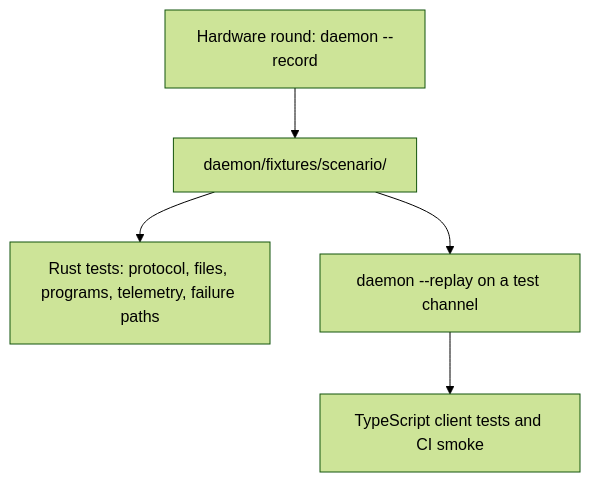
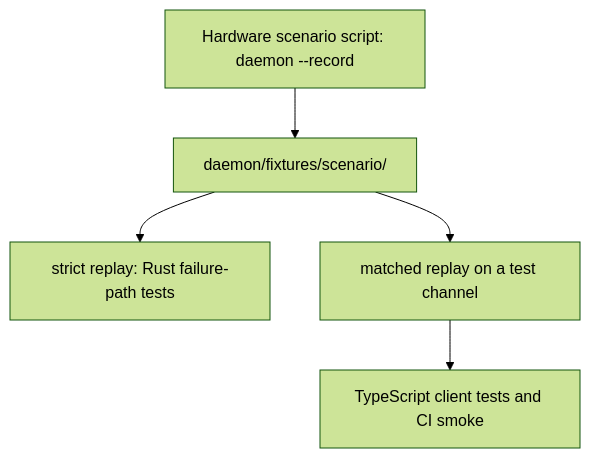
One commit to 99LevelsUp/ev3-cockpit changed the fourth of 4 diagrams in docs/plans/2026-11-20-1845-refactor-native-daemon-plan.md. Above: the diagram before and after it, drawn with Mermaid (forest theme). The commit also changed other lines of this file and 1 other file, not shown here.

Commit message:
docs(plan): deepen the native daemon plan with architecture and security review

````diff
--- a/docs/plans/2026-11-20-1845-refactor-native-daemon-plan.md
+++ b/docs/plans/2026-11-20-1845-refactor-native-daemon-plan.md
@@ -266,7 +304,7 @@
 ```mermaid
 flowchart TB
-  H[Hardware round: daemon --record] --> FX[daemon/fixtures/scenario/]
-  FX --> RT[Rust tests: protocol, files, programs, telemetry, failure paths]
-  FX --> RP[daemon --replay on a test channel]
-  RP --> TS[TypeScript client tests and CI smoke]
+  H[Hardware scenario script: daemon --record] --> FX[daemon/fixtures/scenario/]
+  FX --> RS[strict replay: Rust failure-path tests]
+  FX --> RM[matched replay on a test channel]
+  RM --> TS[TypeScript client tests and CI smoke]
 ```
````
